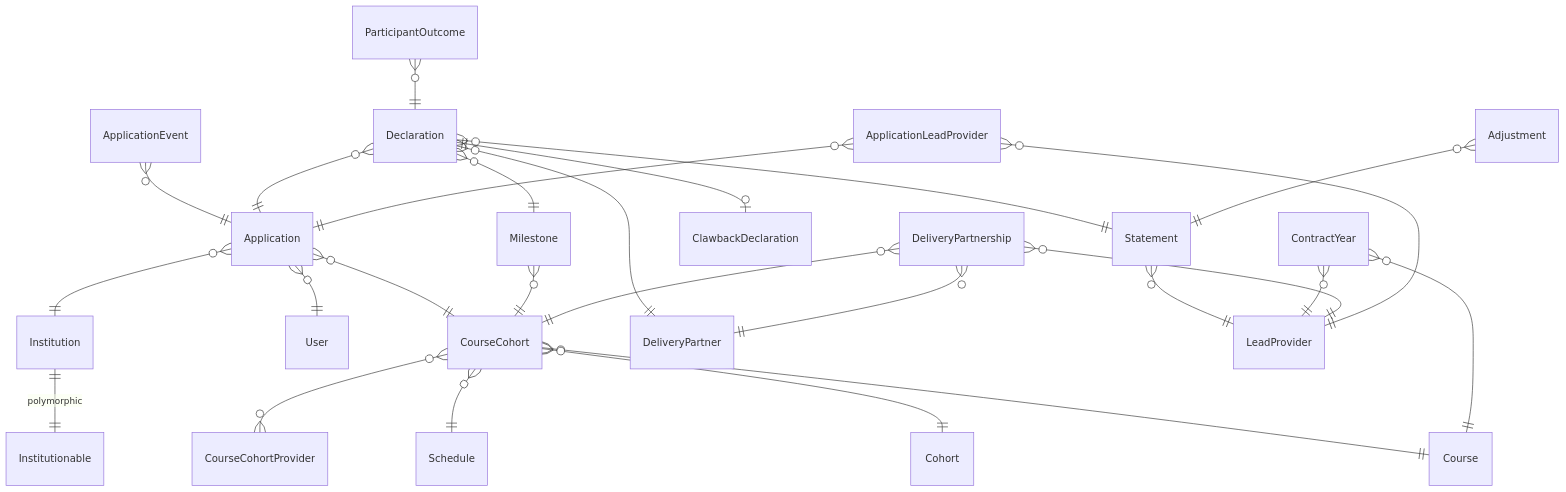
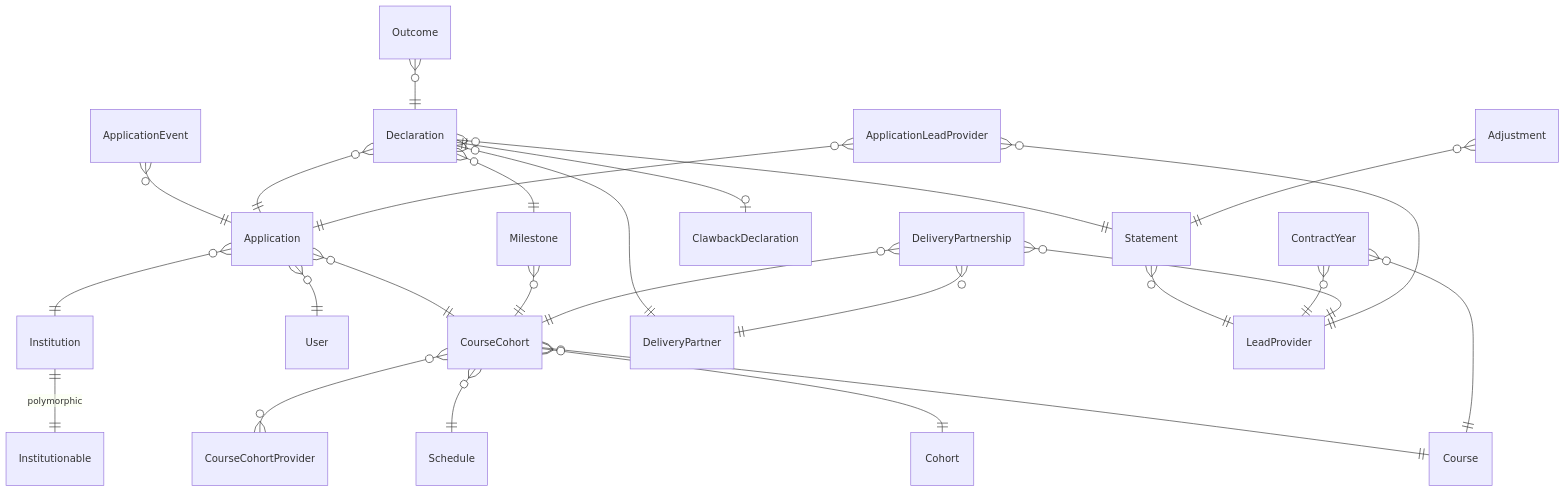
One commit to DFE-Digital/teacher-training-entitlement changed the diagram in documentation/data.md. Above: the diagram before and after it, drawn with Mermaid. The commit also changed other lines of this file and 11 other files, not shown here.

````diff
--- a/documentation/data.md
+++ b/documentation/data.md
@@ -94,32 +94,32 @@
 ```mermaid
 erDiagram
   ApplicationEvent }o--|| Application : ""
   CourseCohort }o--|| Course : ""
   CourseCohort }o--|| Cohort : ""
   CourseCohort }o--|| Schedule : ""
   CourseCohort }o--o{ CourseCohortProvider : ""
   Application }o--|| CourseCohort : ""
   Application }o--|| User : ""
   Application }o--|| Institution : ""
 
   Declaration }o--|| Application : ""
   Declaration }o--|| Milestone : ""
   Declaration }o--|| Statement : ""
   Declaration }o--|| DeliveryPartner : ""
   Declaration ||--o| ClawbackDeclaration : ""
   Milestone }o--|| CourseCohort : ""
   Statement }o--|| LeadProvider : ""
   Adjustment }o--|| Statement : ""
-  ParticipantOutcome }o--|| Declaration : ""
+  Outcome }o--|| Declaration : ""
 
   ContractYear }o--|| LeadProvider : ""
   ContractYear }o--|| Course : ""
   DeliveryPartnership }o--|| CourseCohort : ""
   DeliveryPartnership }o--|| LeadProvider : ""
   DeliveryPartnership }o--|| DeliveryPartner : ""
 
   ApplicationLeadProvider }o--|| Application : ""
   ApplicationLeadProvider }o--|| LeadProvider : ""
 
   Institution ||--|| Institutionable : polymorphic
 ```
````
